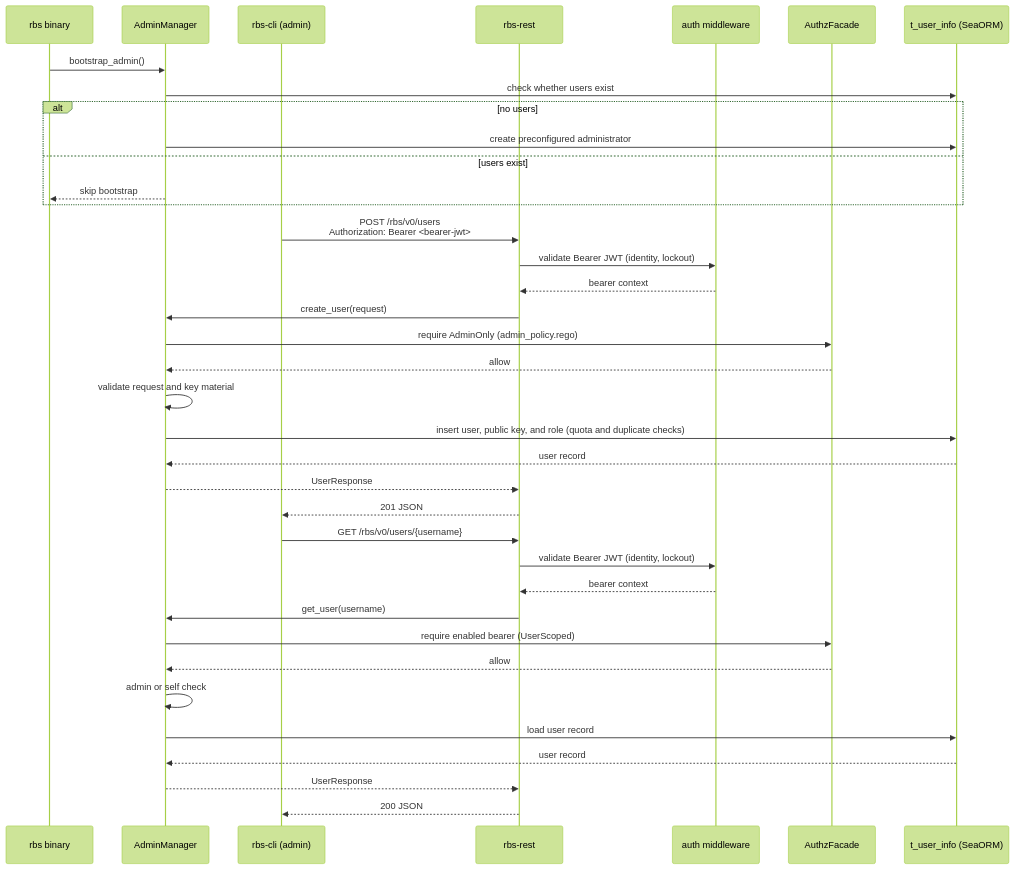
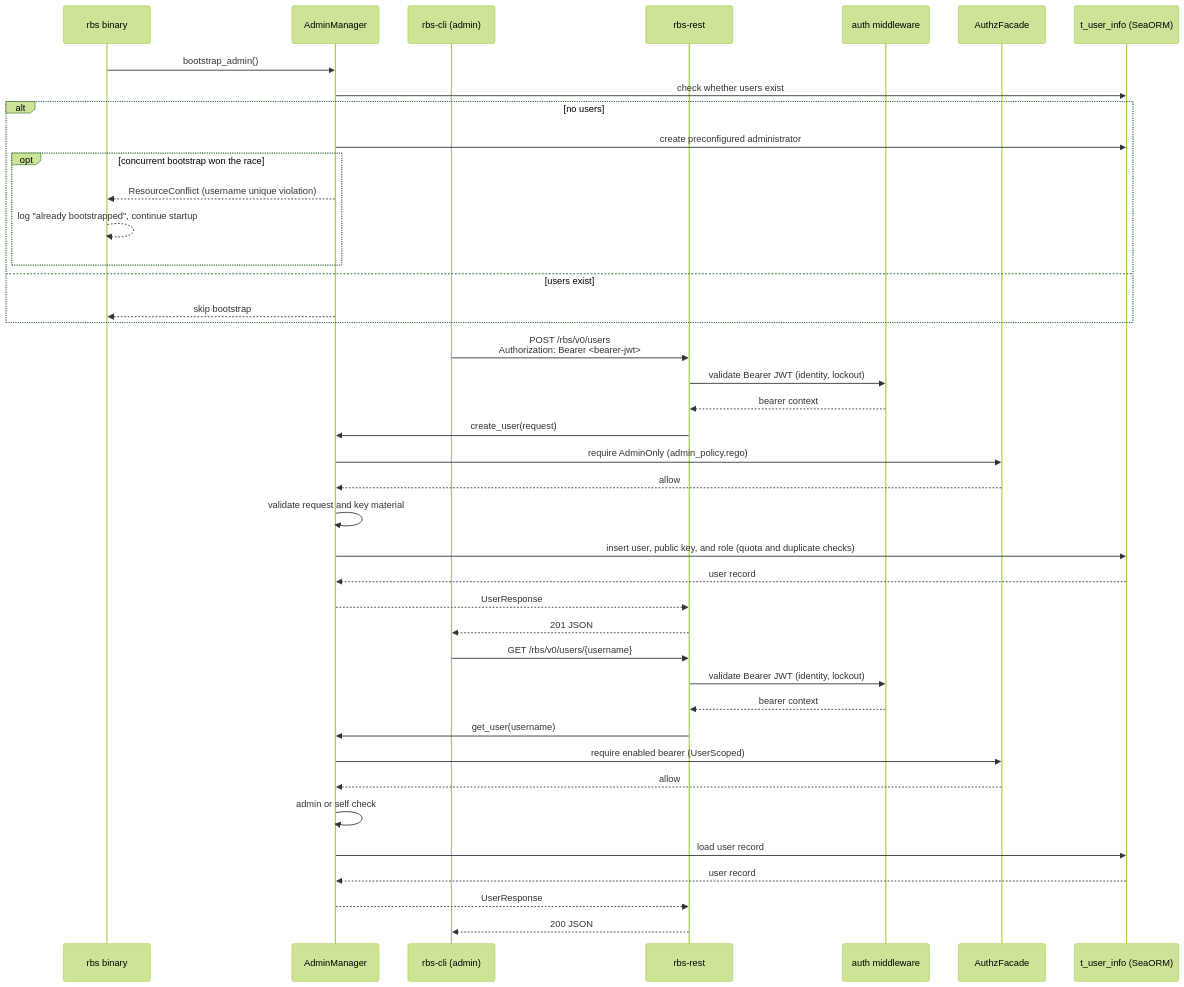
Before and after one commit to openeuler-mirror/globaltrustauthority-rbs: diagram 11 of 19 in docs/design/architecture.md, drawn with Mermaid (forest theme). The commit also changed other lines of this file and 47 other files, not shown here.

````diff
--- a/docs/design/architecture.md
+++ b/docs/design/architecture.md
@@ -483,42 +483,46 @@
 ```mermaid
 sequenceDiagram
     participant Main as rbs binary
     participant AdminM as AdminManager
     participant Admin as rbs-cli (admin)
     participant REST as rbs-rest
     participant Auth as auth middleware
     participant AuthZ as AuthzFacade
     participant Repo as t_user_info (SeaORM)
 
     Main->>AdminM: bootstrap_admin()
     AdminM->>Repo: check whether users exist
     alt no users
         AdminM->>Repo: create preconfigured administrator
+        opt concurrent bootstrap won the race
+            AdminM-->>Main: ResourceConflict (username unique violation)
+            Main-->>Main: log "already bootstrapped", continue startup
+        end
     else users exist
         AdminM-->>Main: skip bootstrap
     end
 
     Admin->>REST: POST /rbs/v0/users<br/>Authorization: Bearer #60;bearer-jwt#62;
     REST->>Auth: validate Bearer JWT (identity, lockout)
     Auth-->>REST: bearer context
     REST->>AdminM: create_user(request)
     AdminM->>AuthZ: require AdminOnly (admin_policy.rego)
     AuthZ-->>AdminM: allow
     AdminM->>AdminM: validate request and key material
     AdminM->>Repo: insert user, public key, and role (quota and duplicate checks)
     Repo-->>AdminM: user record
     AdminM-->>REST: UserResponse
     REST-->>Admin: 201 JSON
 
     Admin->>REST: GET /rbs/v0/users/{username}
     REST->>Auth: validate Bearer JWT (identity, lockout)
     Auth-->>REST: bearer context
     REST->>AdminM: get_user(username)
     AdminM->>AuthZ: require enabled bearer (UserScoped)
     AuthZ-->>AdminM: allow
     AdminM->>AdminM: admin or self check
     AdminM->>Repo: load user record
     Repo-->>AdminM: user record
     AdminM-->>REST: UserResponse
     REST-->>Admin: 200 JSON
 ```
````
